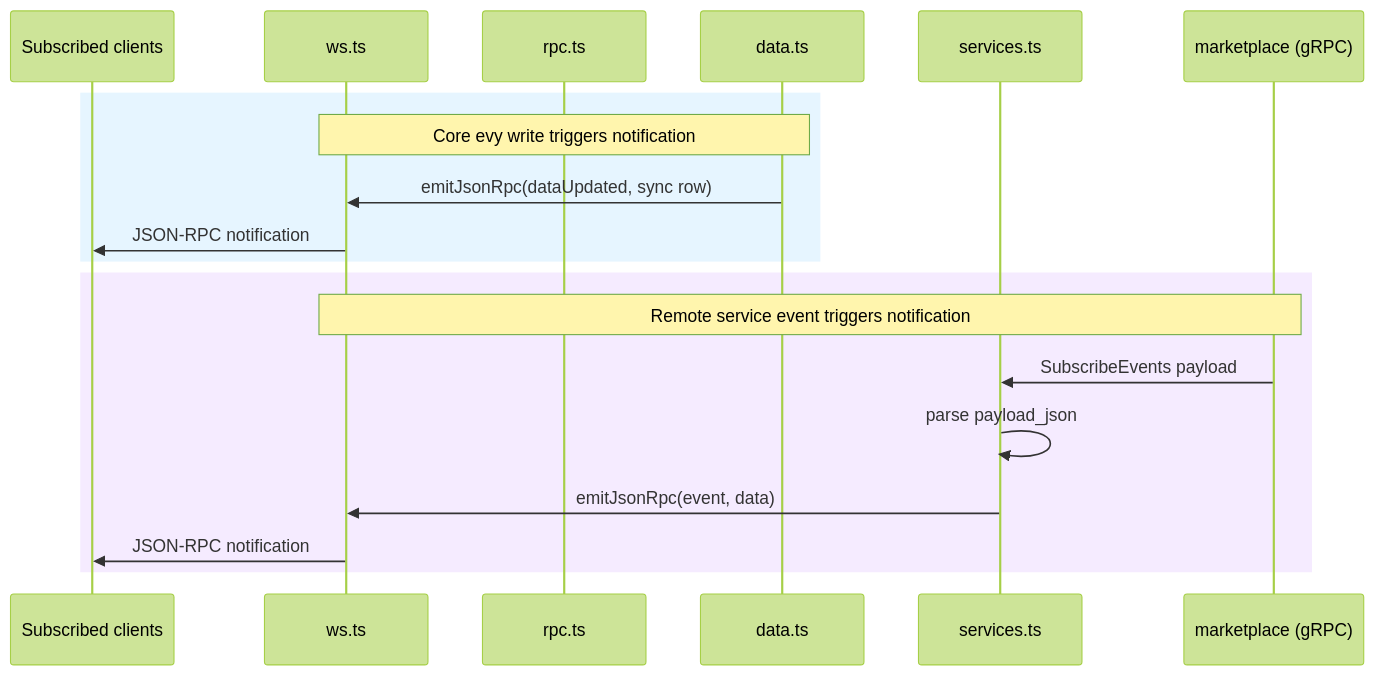
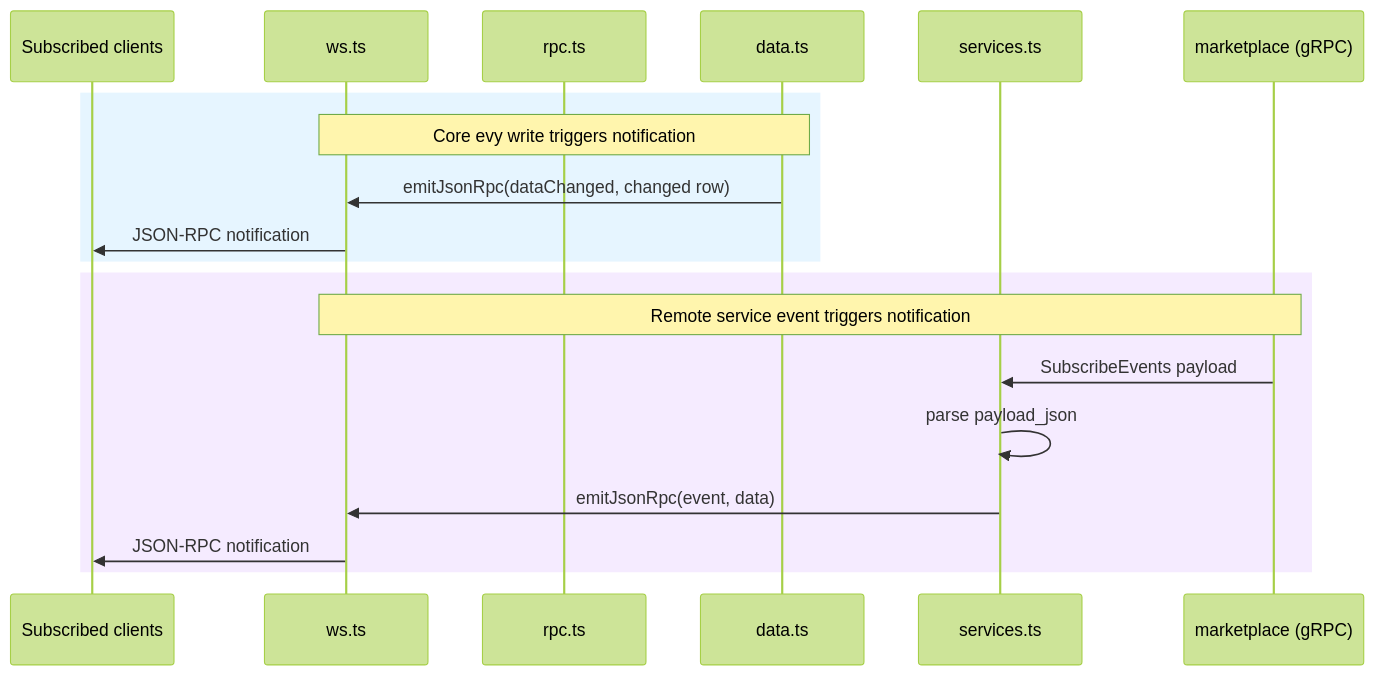
One commit to EVY-Platform/evy changed the second of 3 diagrams in api/README.md. Above: the diagram before and after it, drawn with Mermaid (forest theme). The commit also changed other lines of this file and 59 other files, not shown here.

````diff
--- a/api/README.md
+++ b/api/README.md
@@ -55,23 +55,23 @@
 ```mermaid
 sequenceDiagram
     participant Client as Subscribed clients
     participant ws as ws.ts
     participant rpc as rpc.ts
     participant data as data.ts
     participant services as services.ts
     participant marketplace as marketplace (gRPC)
 
     rect rgb(230, 245, 255)
     Note over data,ws: Core evy write triggers notification
-    data->>ws: emitJsonRpc(dataUpdated, sync row)
+    data->>ws: emitJsonRpc(dataChanged, changed row)
     ws->>Client: JSON-RPC notification
     end
 
     rect rgb(245, 235, 255)
     Note over marketplace,ws: Remote service event triggers notification
     marketplace->>services: SubscribeEvents payload
     services->>services: parse payload_json
     services->>ws: emitJsonRpc(event, data)
     ws->>Client: JSON-RPC notification
     end
 ```
````
